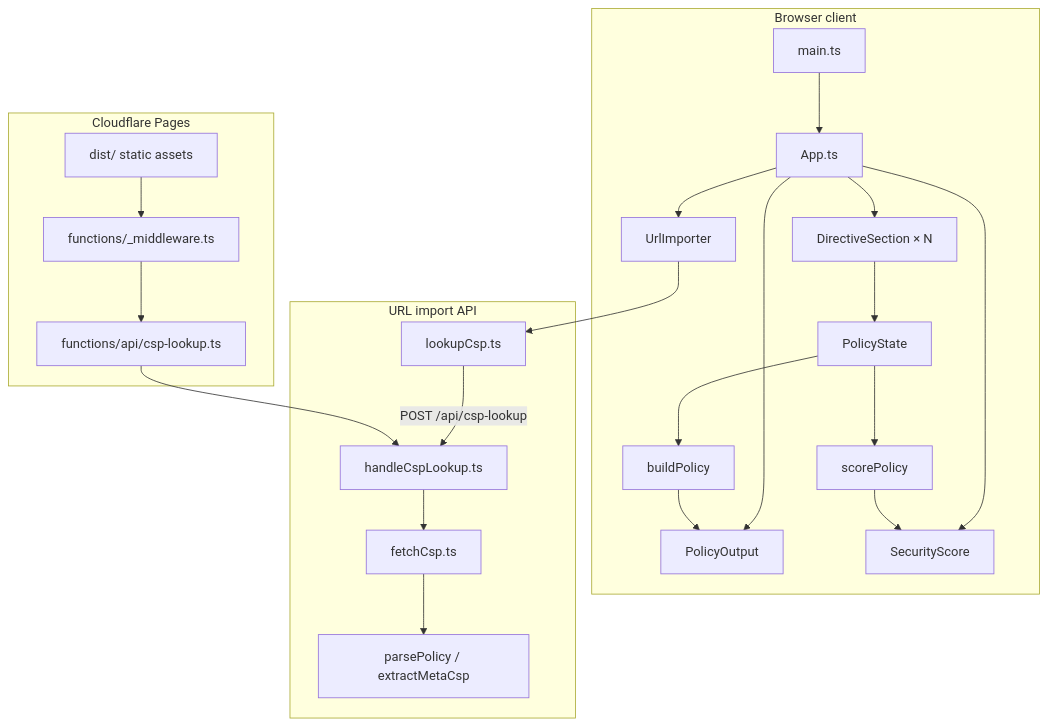
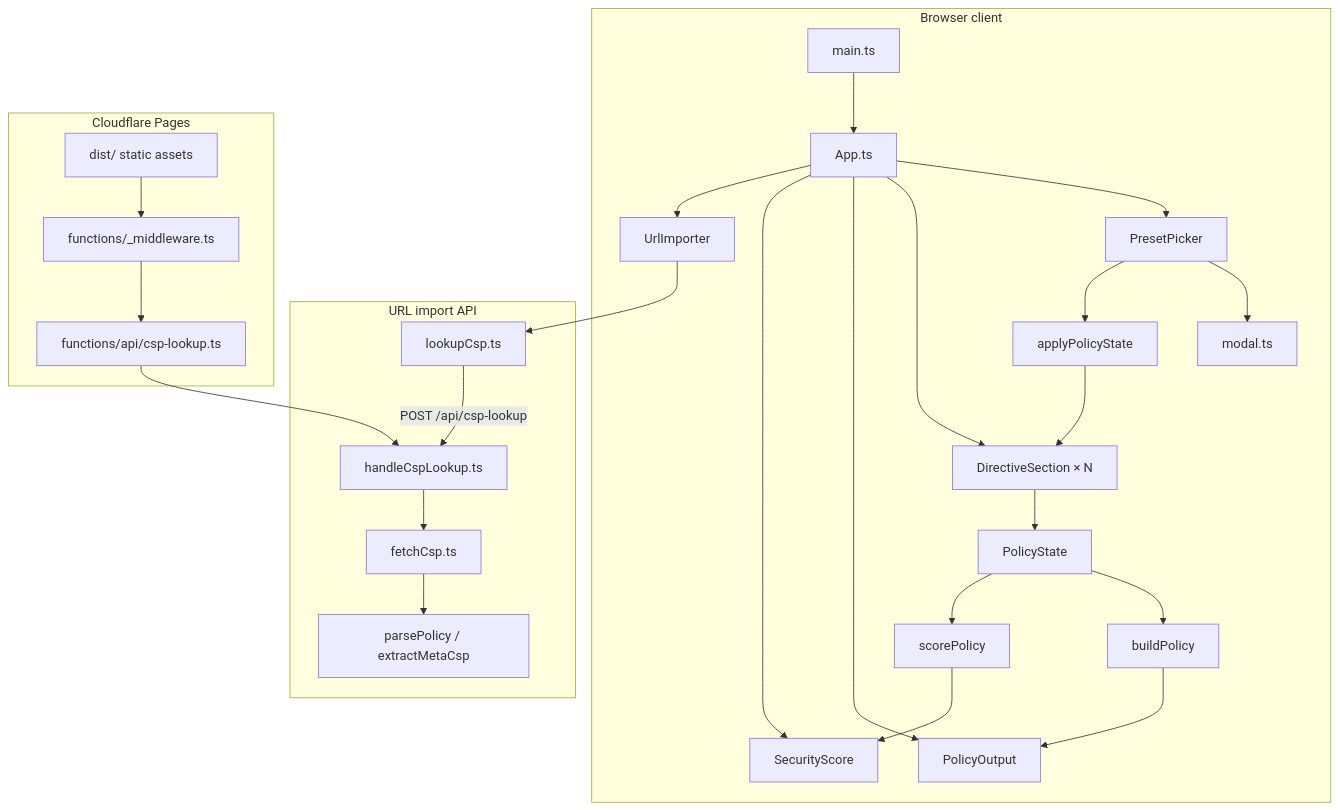
The diagram in docs/ARCHITECTURE.md (Nooshu/CSP-Playground), drawn with Mermaid before and after one commit. The commit also changed other lines of this file and 27 other files, not shown here.

First line of the commit message:
Enhance UI and documentation with preset picker and modal improvements

````diff
--- a/docs/ARCHITECTURE.md
+++ b/docs/ARCHITECTURE.md
@@ -7,41 +7,47 @@
 ```mermaid
 flowchart TB
   subgraph client [Browser client]
     Main[main.ts]
     App[App.ts]
+    Presets[PresetPicker]
+    Modal[modal.ts]
     Sections[DirectiveSection × N]
     Output[PolicyOutput]
     Score[SecurityScore]
     Importer[UrlImporter]
     Main --> App
+    App --> Presets
     App --> Sections
     App --> Output
     App --> Score
     App --> Importer
+    Presets --> Modal
+    Presets --> Apply[applyPolicyState]
+    Apply --> Sections
     Sections --> State[PolicyState]
     State --> Build[buildPolicy]
     State --> ScoreFn[scorePolicy]
     Build --> Output
     ScoreFn --> Score
   end
 
   subgraph lookup [URL import API]
     ClientApi[lookupCsp.ts]
     Handler[handleCspLookup.ts]
     Fetch[fetchCsp.ts]
     Parse[parsePolicy / extractMetaCsp]
     Importer --> ClientApi
     ClientApi -->|POST /api/csp-lookup| Handler
     Handler --> Fetch
     Fetch --> Parse
   end
 
   subgraph deploy [Cloudflare Pages]
     Static[dist/ static assets]
     Fn[functions/api/csp-lookup.ts]
     MW[functions/_middleware.ts]
     Static --> MW
     MW --> Fn
     Fn --> Handler
   end
 ```
````
